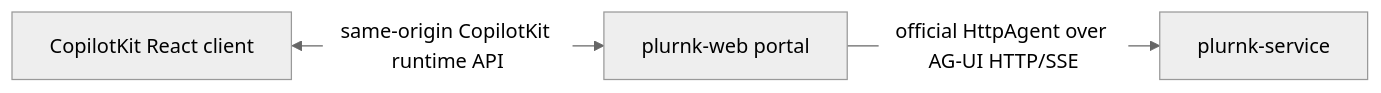
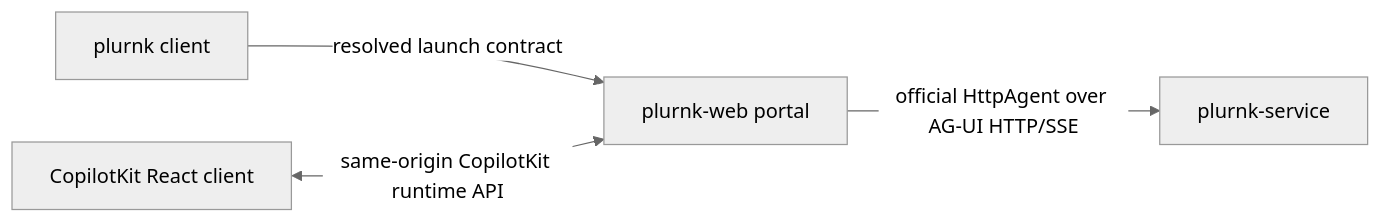
Before and after one commit to plurnk/plurnk-web: the diagram in SPEC.md, drawn with Mermaid (neutral theme). The commit also changed other lines of this file and 11 other files, not shown here.

Commit message:
fix: make web a resolved client extension

````diff
--- a/SPEC.md
+++ b/SPEC.md
@@ -9,5 +9,6 @@
 ```mermaid
 flowchart LR
-    Browser[CopilotKit React client] <-->|same-origin CopilotKit runtime API| Portal[plurnk-web portal]
+    Client[plurnk client] -->|resolved launch contract| Portal[plurnk-web portal]
+    Browser[CopilotKit React client] <-->|same-origin CopilotKit runtime API| Portal
     Portal -->|official HttpAgent over AG-UI HTTP/SSE| Daemon[plurnk-service]
 ```
````
